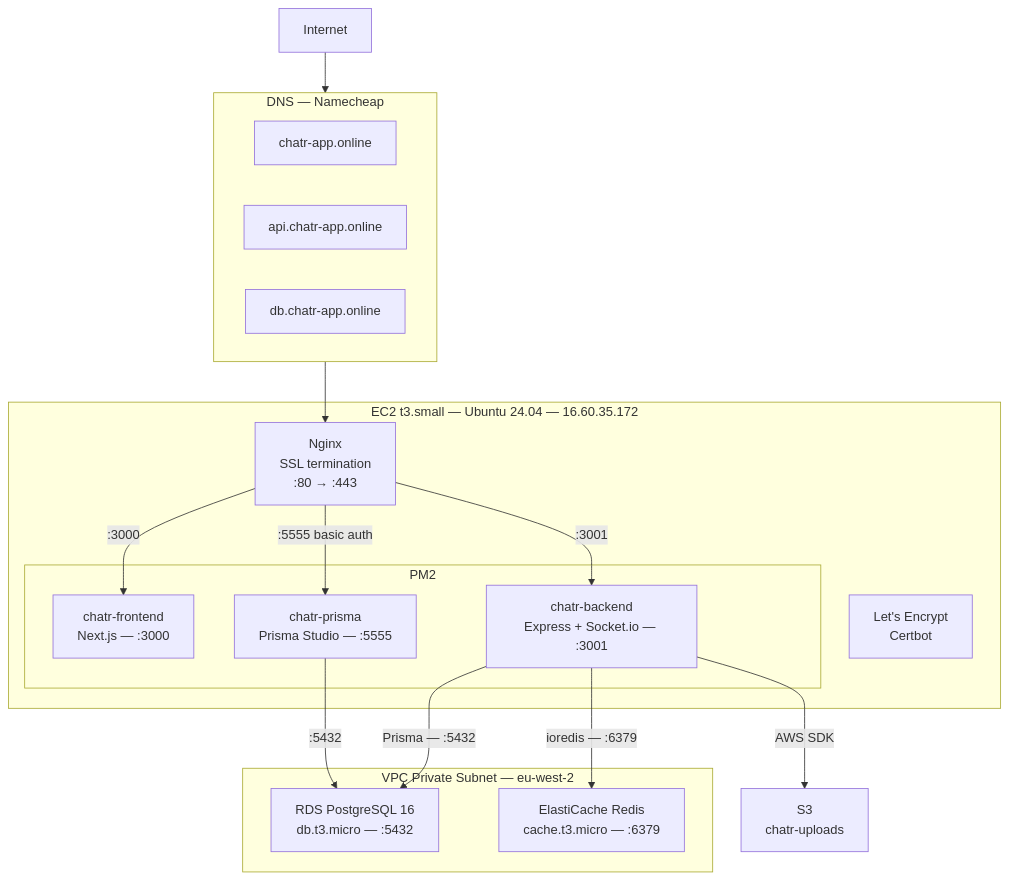
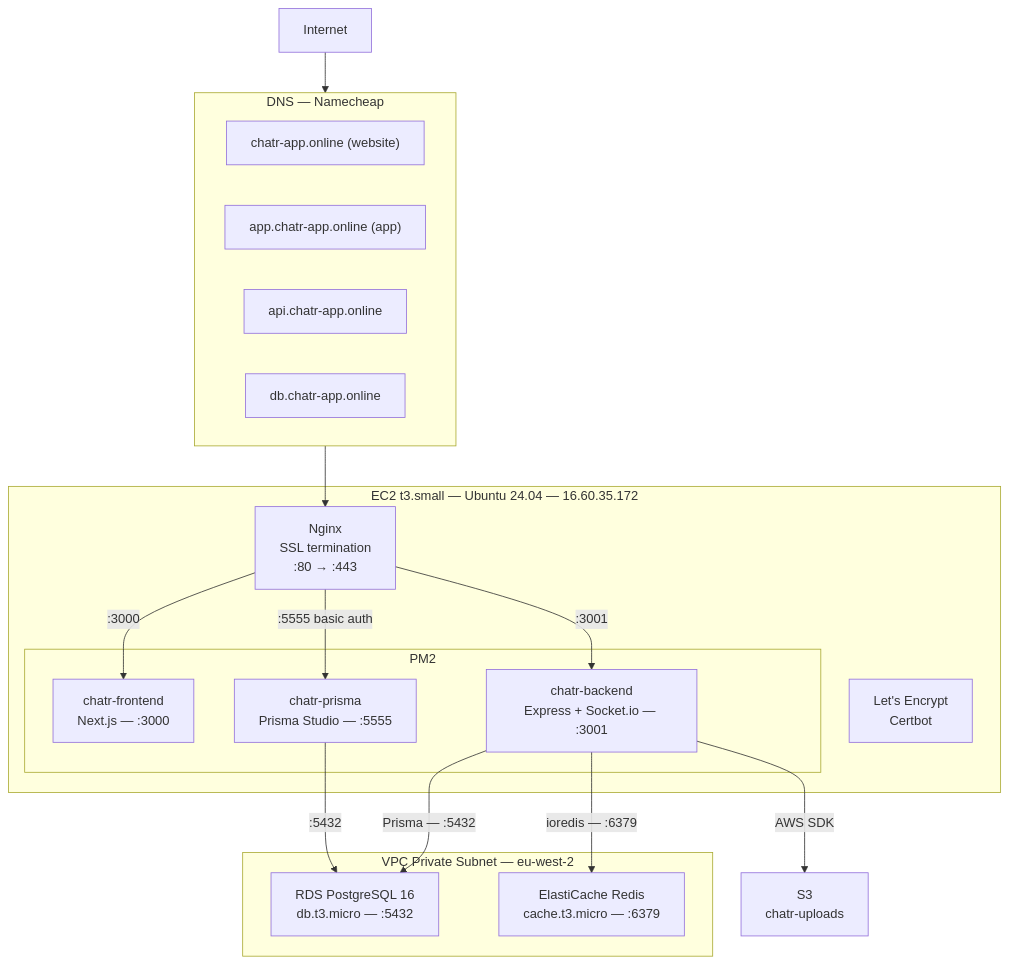
One commit to neofuture/chatr changed the first of 2 diagrams in Documentation/Architecture/AWS.md. Above: the diagram before and after it, drawn with Mermaid. The commit also changed other lines of this file and 16 other files, not shown here.

````diff
--- a/Documentation/Architecture/AWS.md
+++ b/Documentation/Architecture/AWS.md
@@ -11,39 +11,40 @@
 ```mermaid
 graph TD
     Internet["Internet"]
 
     subgraph DNS["DNS — Namecheap"]
-        D1["chatr-app.online"]
+        D0["chatr-app.online (website)"]
+        D1["app.chatr-app.online (app)"]
         D2["api.chatr-app.online"]
         D3["db.chatr-app.online"]
     end
 
     subgraph EC2["EC2 t3.small — Ubuntu 24.04 — 16.60.35.172"]
         Nginx["Nginx<br/>SSL termination<br/>:80 → :443"]
 
         subgraph PM2["PM2"]
             FE["chatr-frontend<br/>Next.js — :3000"]
             BE["chatr-backend<br/>Express + Socket.io — :3001"]
             PS["chatr-prisma<br/>Prisma Studio — :5555"]
         end
 
         SSL["Let's Encrypt<br/>Certbot"]
     end
 
     subgraph VPC["VPC Private Subnet — eu-west-2"]
         RDS["RDS PostgreSQL 16<br/>db.t3.micro — :5432"]
         Redis["ElastiCache Redis<br/>cache.t3.micro — :6379"]
     end
 
     S3["S3<br/>chatr-uploads"]
 
     Internet --> DNS
     DNS --> Nginx
     Nginx -->|":3000"| FE
     Nginx -->|":3001"| BE
     Nginx -->|":5555 basic auth"| PS
     BE -->|"Prisma — :5432"| RDS
     BE -->|"ioredis — :6379"| Redis
     BE -->|"AWS SDK"| S3
     PS -->|":5432"| RDS
 ```
````
